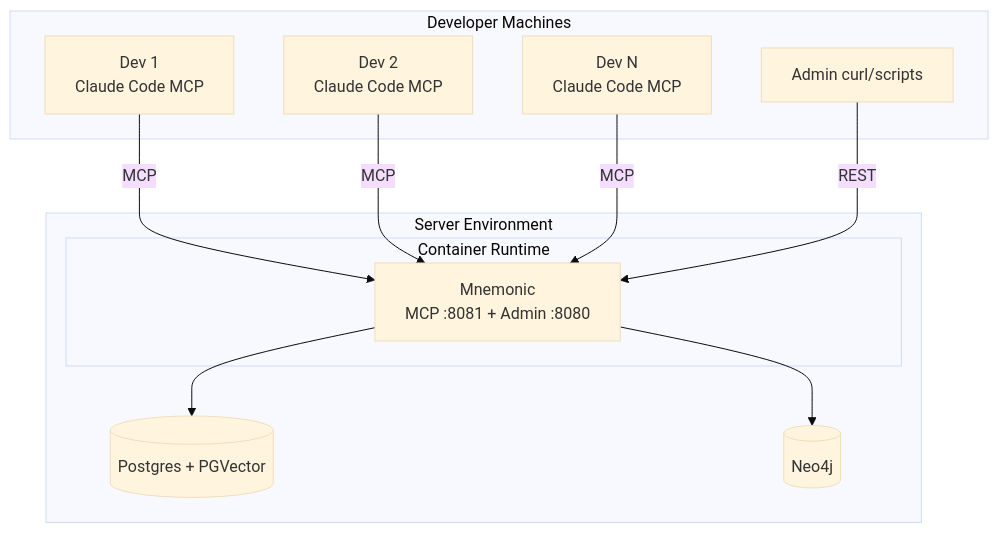
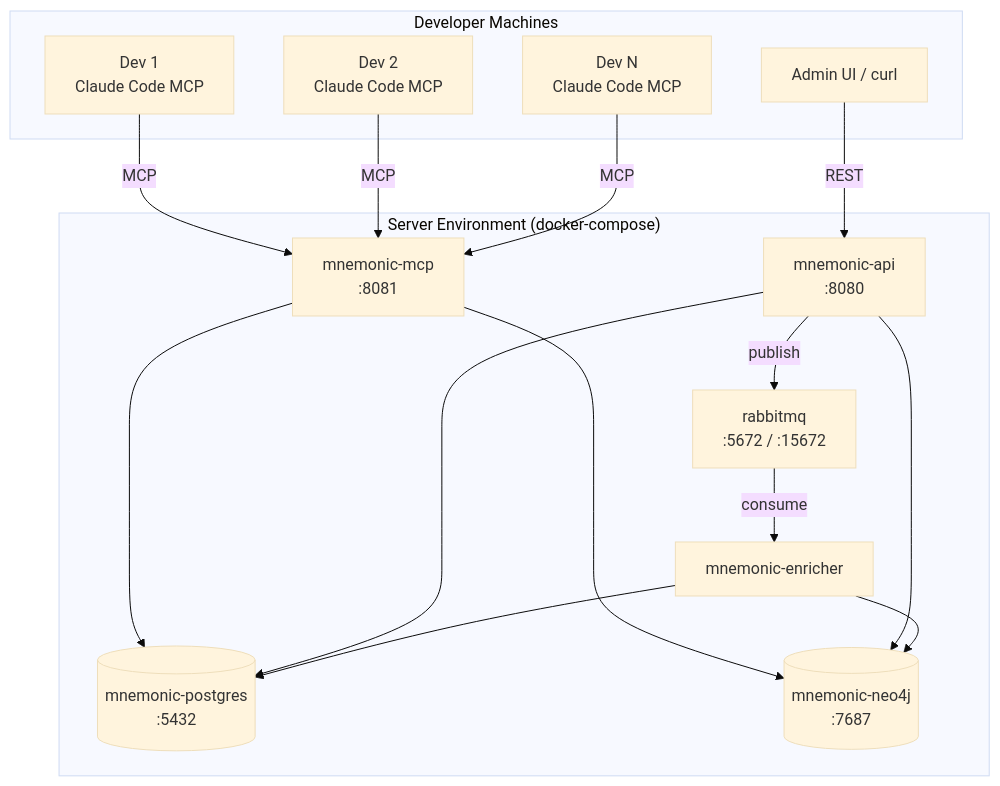
One commit to twistingmercury/mnemonic-docs changed the third of 5 diagrams in docs/architecture/system/06-deployment-architecture.md. Above: the diagram before and after it, drawn with Mermaid (base theme). The commit also changed other lines of this file, not shown here.

Commit message:
docs: rewrite deployment architecture for MVP 2 multi-service topology

````diff
--- a/docs/architecture/system/06-deployment-architecture.md
+++ b/docs/architecture/system/06-deployment-architecture.md
@@ -88,24 +111,31 @@
 ```mermaid
 graph TB
     subgraph "Developer Machines"
         D1[Dev 1<br/>Claude Code MCP]
         D2[Dev 2<br/>Claude Code MCP]
         DN[Dev N<br/>Claude Code MCP]
-        ADMIN[Admin curl/scripts]
+        ADMIN[Admin UI / curl]
     end
 
-    subgraph "Server Environment"
-        subgraph "Container Runtime"
-            MN_C[Mnemonic<br/>MCP :8081 + Admin :8080]
-        end
-        PG[(Postgres + PGVector)]
-        NEO[(Neo4j)]
+    subgraph "Server Environment (docker-compose)"
+        MCP[mnemonic-mcp<br/>:8081]
+        API[mnemonic-api<br/>:8080]
+        ENRICHER[mnemonic-enricher]
+        RMQ[rabbitmq<br/>:5672 / :15672]
+        PG[(mnemonic-postgres<br/>:5432)]
+        NEO[(mnemonic-neo4j<br/>:7687)]
     end
 
-    D1 -->|"MCP"| MN_C
-    D2 -->|"MCP"| MN_C
-    DN -->|"MCP"| MN_C
-    ADMIN -->|"REST"| MN_C
-    MN_C --> PG
-    MN_C --> NEO
+    D1 -->|"MCP"| MCP
+    D2 -->|"MCP"| MCP
+    DN -->|"MCP"| MCP
+    ADMIN -->|"REST"| API
+    MCP --> PG
+    MCP --> NEO
+    API --> PG
+    API --> NEO
+    API -->|"publish"| RMQ
+    RMQ -->|"consume"| ENRICHER
+    ENRICHER --> PG
+    ENRICHER --> NEO
 ```
````
